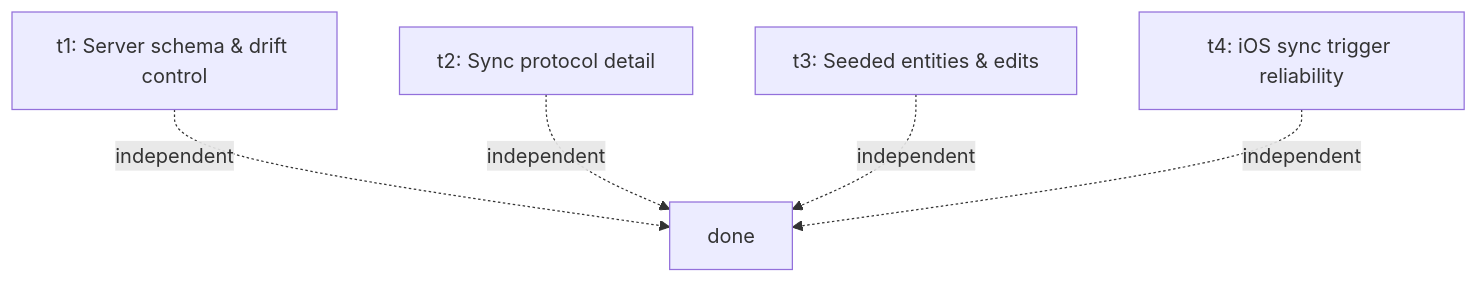
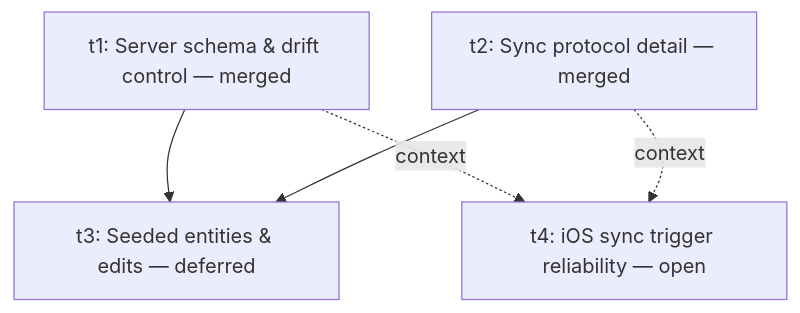
Before and after one commit to Brotherhood-of-Ghisa/BOGA3: the diagram in docs/plans/sync-v2/plan.md, drawn with Mermaid. The commit also changed other lines of this file and 2 other files, not shown here.

First line of the commit message:
docs(sync-v2): final reconciliation pass — plan + t1/t2 trims before handover

````diff
--- a/docs/plans/sync-v2/plan.md
+++ b/docs/plans/sync-v2/plan.md
@@ -63,12 +69,12 @@
 ```mermaid
 graph TD
-  t1[t1: Server schema & drift control]
-  t2[t2: Sync protocol detail]
-  t3[t3: Seeded entities & edits]
-  t4[t4: iOS sync trigger reliability]
+  t1[t1: Server schema & drift control — merged]
+  t2[t2: Sync protocol detail — merged]
+  t3[t3: Seeded entities & edits — deferred]
+  t4[t4: iOS sync trigger reliability — open]
 
-  t1 -.independent.-> done
-  t2 -.independent.-> done
-  t3 -.independent.-> done
-  t4 -.independent.-> done
+  t1 --> t3
+  t2 --> t3
+  t1 -.context.-> t4
+  t2 -.context.-> t4
 ```
````
